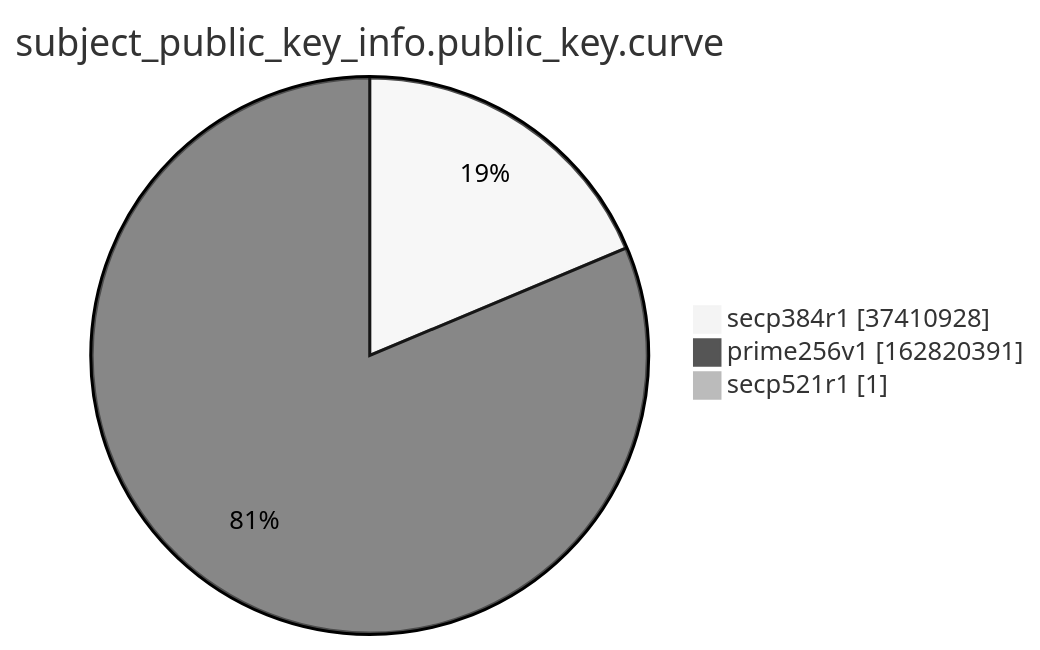
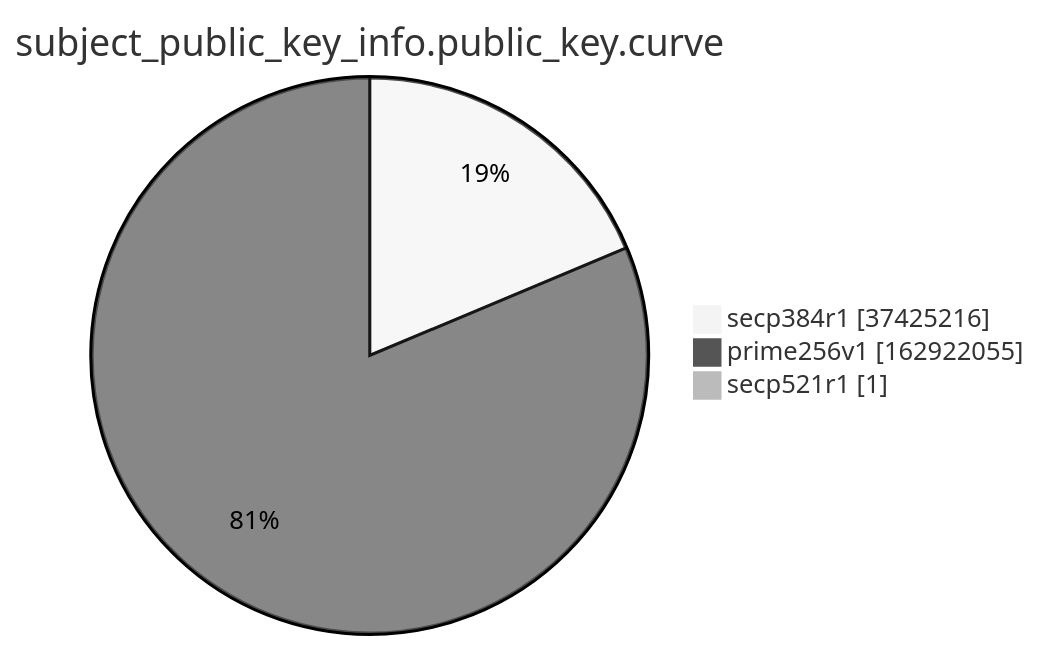
Before and after one commit to christiankrug/ctmonitor_visualization: the ninth of 15 diagrams in argon2022/README.md, drawn with Mermaid (neutral theme). The commit also changed other lines of this file, not shown here.

````diff
--- a/argon2022/README.md
+++ b/argon2022/README.md
@@ -2766,7 +2766,7 @@
 ```mermaid
 pie showData
 title subject_public_key_info.public_key.curve
-"secp384r1" :37410928
-"prime256v1" :162820391
+"secp384r1" :37425216
+"prime256v1" :162922055
 "secp521r1" :1
 ```
````
